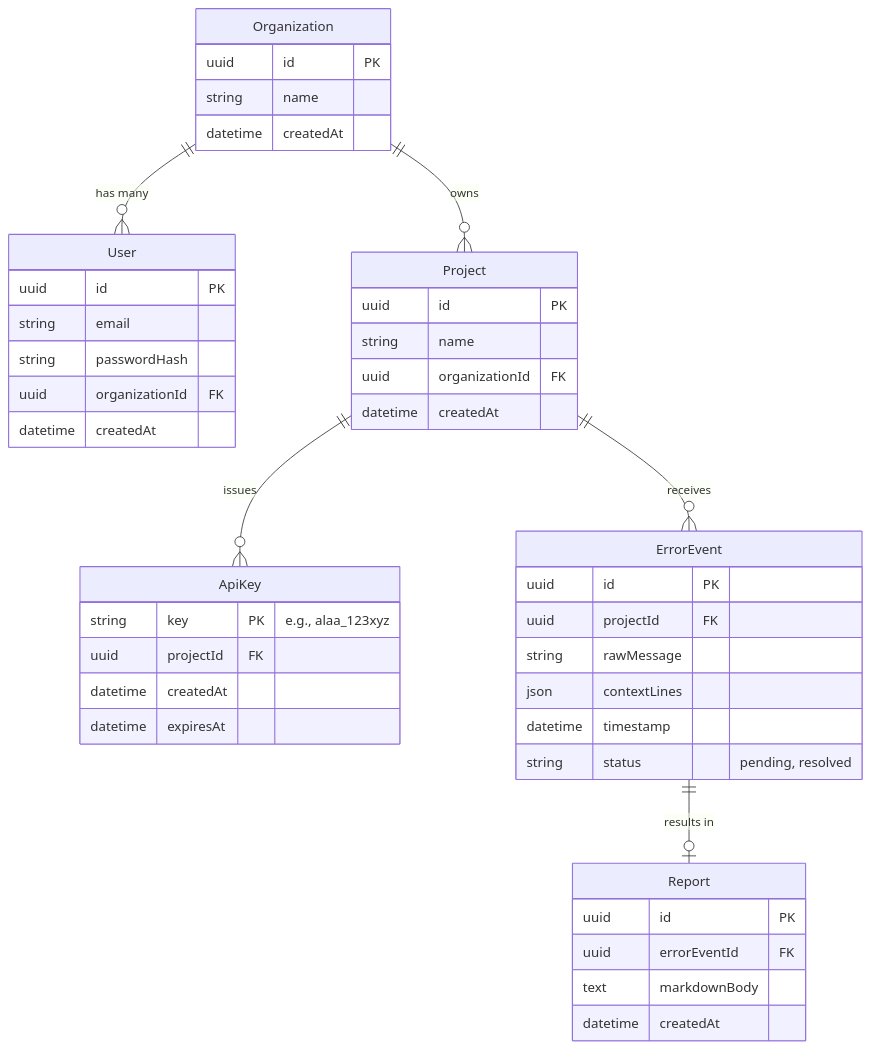
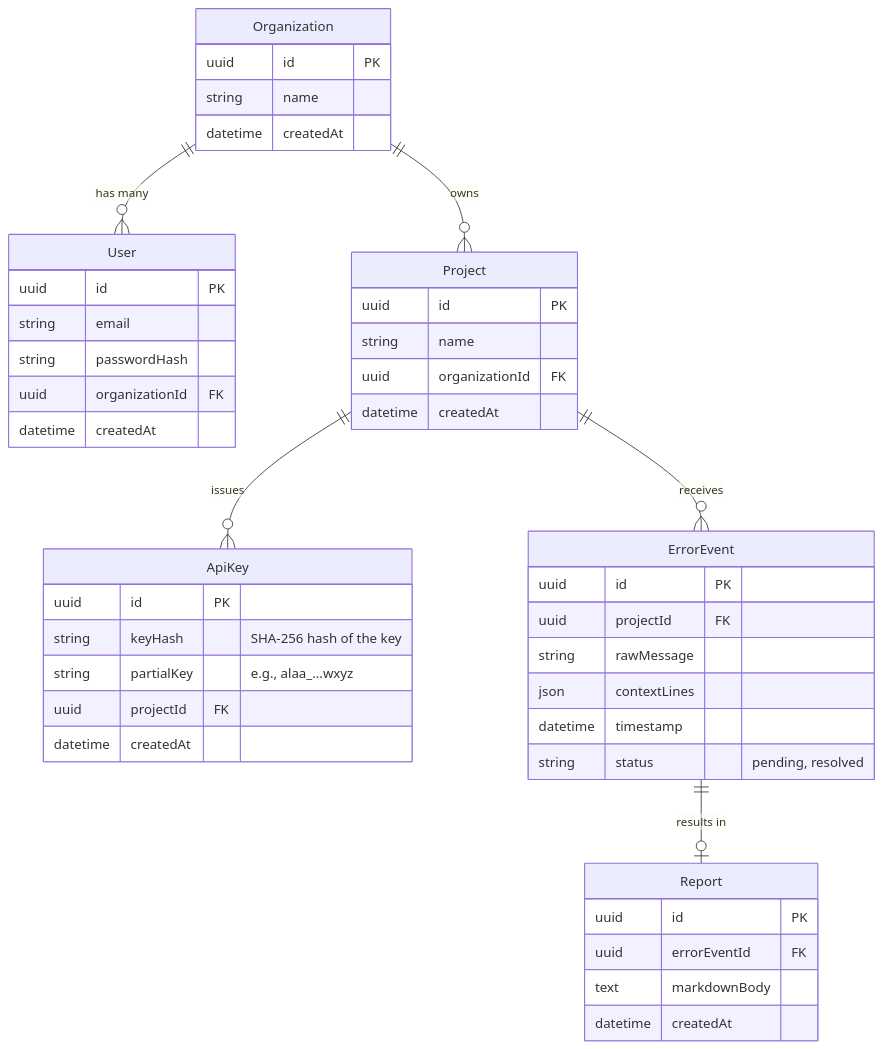
One commit to muddledluck/Agentic-Log-Analyzer-And-Auto-Fixer changed the second of 2 diagrams in docs/saas/hld.md. Above: the diagram before and after it, drawn with Mermaid. The commit also changed other lines of this file, not shown here.

````diff
--- a/docs/saas/hld.md
+++ b/docs/saas/hld.md
@@ -110,53 +111,54 @@
 ```mermaid
 erDiagram
     Organization ||--o{ User : "has many"
     Organization ||--o{ Project : "owns"
     
     User {
         uuid id PK
         string email
         string passwordHash
         uuid organizationId FK
         datetime createdAt
     }
 
     Organization {
         uuid id PK
         string name
         datetime createdAt
     }
 
     Project {
         uuid id PK
         string name
         uuid organizationId FK
         datetime createdAt
     }
 
     ApiKey {
-        string key PK "e.g., alaa_123xyz"
+        uuid id PK
+        string keyHash "SHA-256 hash of the key"
+        string partialKey "e.g., alaa_...wxyz"
         uuid projectId FK
         datetime createdAt
-        datetime expiresAt
     }
 
     ErrorEvent {
         uuid id PK
         uuid projectId FK
         string rawMessage
         json contextLines
         datetime timestamp
         string status "pending, resolved"
     }
 
     Report {
         uuid id PK
         uuid errorEventId FK
         text markdownBody
         datetime createdAt
     }
 
     Project ||--o{ ApiKey : "issues"
     Project ||--o{ ErrorEvent : "receives"
     ErrorEvent ||--o| Report : "results in"
 ```
````
